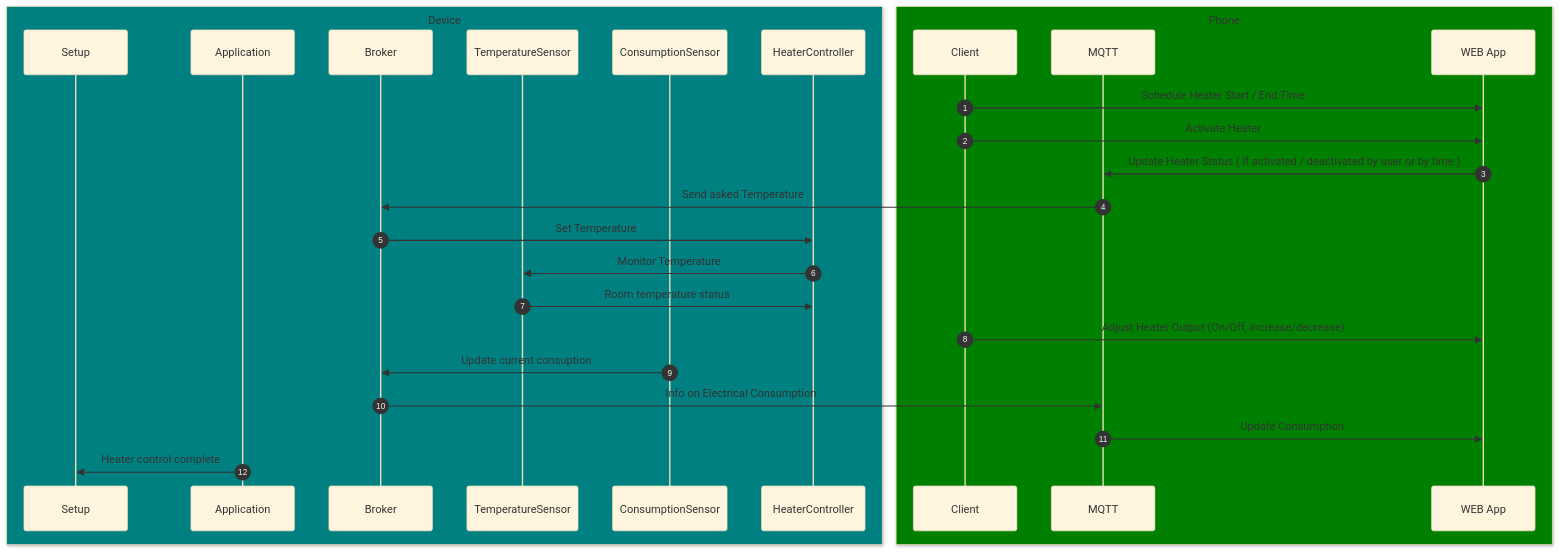
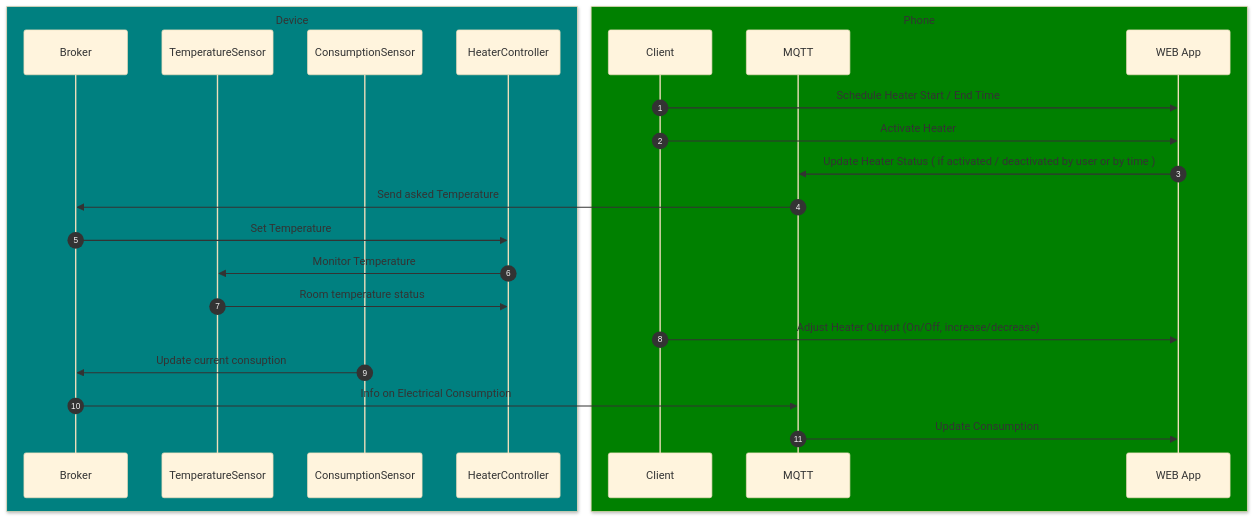
Before and after one commit to Home-N-Co/Heaters: the diagram in README.md, drawn with Mermaid (base theme).

Commit message:
update .md

````diff
--- a/README.md
+++ b/README.md
@@ -4,30 +4,26 @@
 ```mermaid
 sequenceDiagram
     autonumber
     box Teal Device
-        participant S as Setup
-        participant A as Application
         participant B as Broker
         participant TS as TemperatureSensor
         participant CS as ConsumptionSensor
         participant HC as HeaterController
         end
     box Green Phone
         participant C as Client
         participant M as MQTT
         participant AP as WEB App
     end
         C ->> AP: Schedule Heater Start / End Time
         C ->> AP: Activate Heater
         AP ->> M: Update Heater Status ( if activated / deactivated by user or by time )
         M ->> B: Send asked Temperature
         B ->> HC: Set Temperature
         HC ->> TS: Monitor Temperature
         TS ->> HC: Room temperature status
         C ->> AP: Adjust Heater Output (On/Off, increase/decrease)
         CS ->> B : Update current consuption
         B ->> M: Info on Electrical Consumption
-        M ->> AP: Update Consumption 
-        A ->> S: Heater control complete
-        
+        M ->> AP: Update Consumption         
 ```
````
